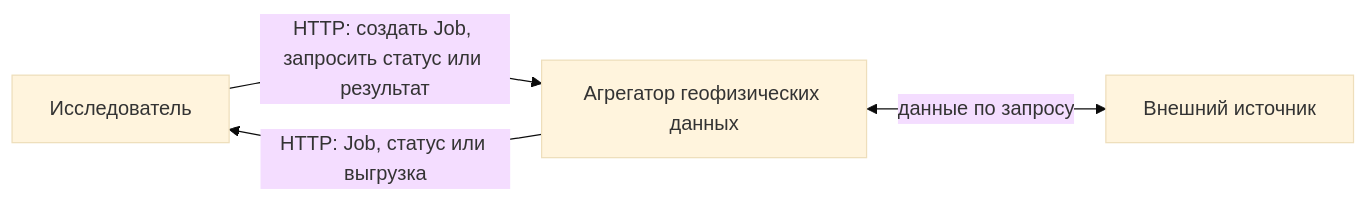
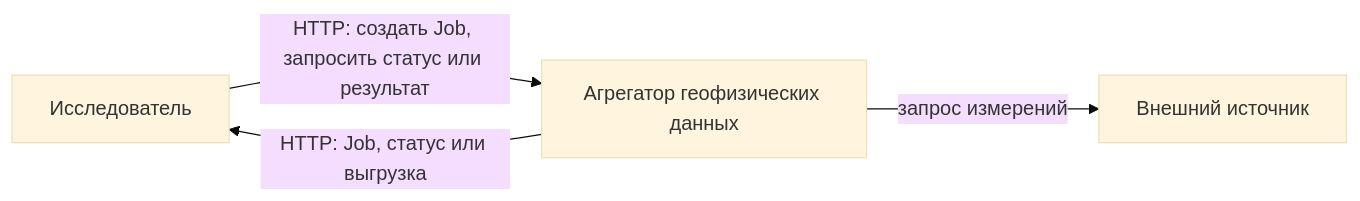
The first of 3 diagrams in architecture.md (NaVi-4oK/team-amd), drawn with Mermaid (base theme) before and after one commit. The commit also changed other lines of this file, not shown here.

````diff
--- a/architecture.md
+++ b/architecture.md
@@ -9,6 +9,6 @@
 ```mermaid
 flowchart LR
     researcher[Исследователь] -->|HTTP: создать Job, запросить статус или результат| aggregator[Агрегатор геофизических данных]
     aggregator -->|HTTP: Job, статус или выгрузка| researcher
-    aggregator <-->|данные по запросу| source[Внешний источник]
+    aggregator -->|запрос измерений| source[Внешний источник]
 ```
````
